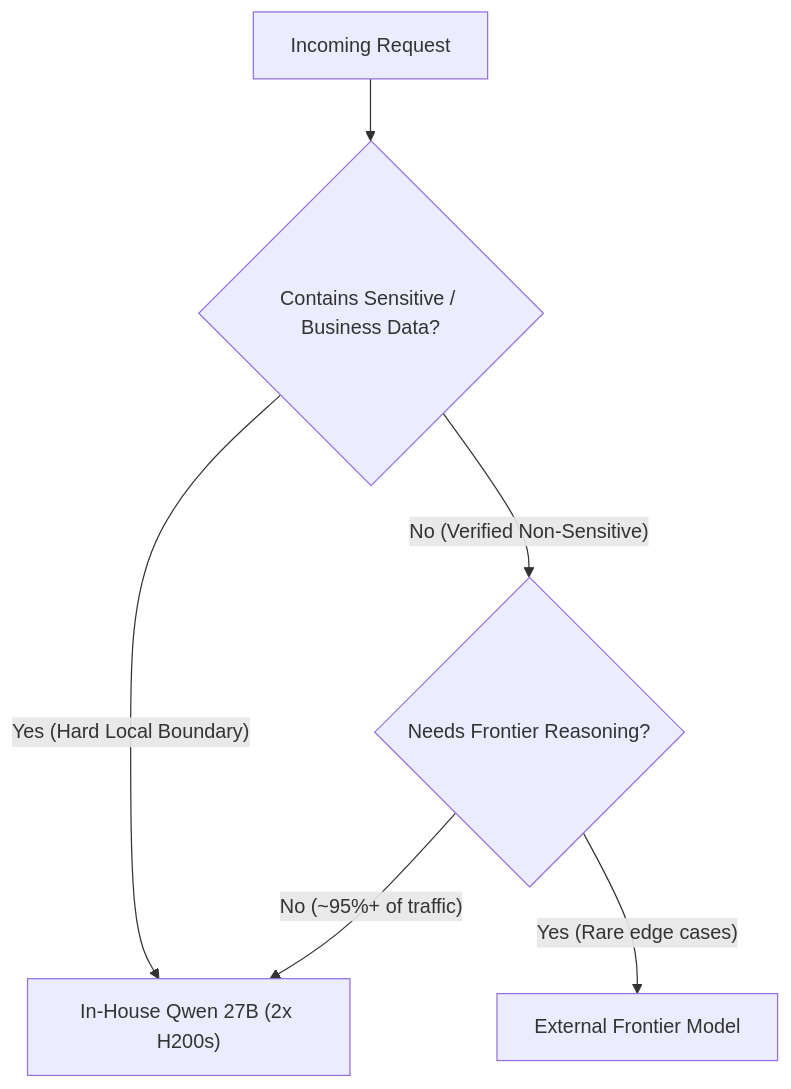
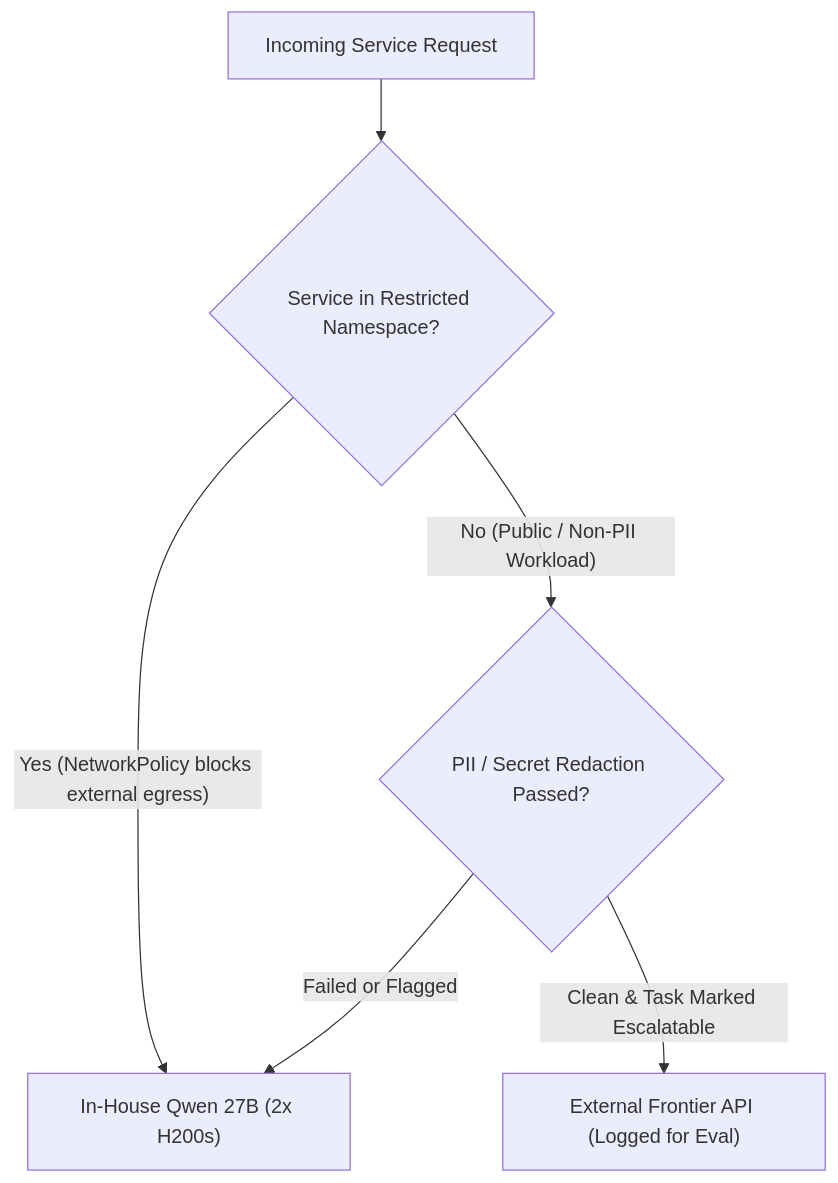
Before and after one commit to surjit7/surjit7.github.io: the second of 2 diagrams in _posts/2026-11-25-qwen-27b-dual-h200-all-you-need.md, drawn with Mermaid. The commit also changed other lines of this file, not shown here.

```diff
--- a/_posts/2026-11-25-qwen-27b-dual-h200-all-you-need.md
+++ b/_posts/2026-11-25-qwen-27b-dual-h200-all-you-need.md
@@ -87,8 +219,8 @@
 <div class="mermaid">
 flowchart TD
-    R["Incoming Request"] --> S{"Contains Sensitive / Business Data?"}
-    S -->|"Yes (Hard Local Boundary)"| L["In-House Qwen 27B (2x H200s)"]
-    S -->|"No (Verified Non-Sensitive)"| E{"Needs Frontier Reasoning?"}
-    E -->|"No (~95%+ of traffic)"| L
-    E -->|"Yes (Rare edge cases)"| F["External Frontier Model"]
+    R["Incoming Service Request"] --> N{"Service in Restricted Namespace?"}
+    N -->|"Yes (NetworkPolicy blocks external egress)"| L["In-House Qwen 27B (2x H200s)"]
+    N -->|"No (Public / Non-PII Workload)"| S{"PII / Secret Redaction Passed?"}
+    S -->|"Failed or Flagged"| L
+    S -->|"Clean & Task Marked Escalatable"| F["External Frontier API (Logged for Eval)"]
 </div>
```
